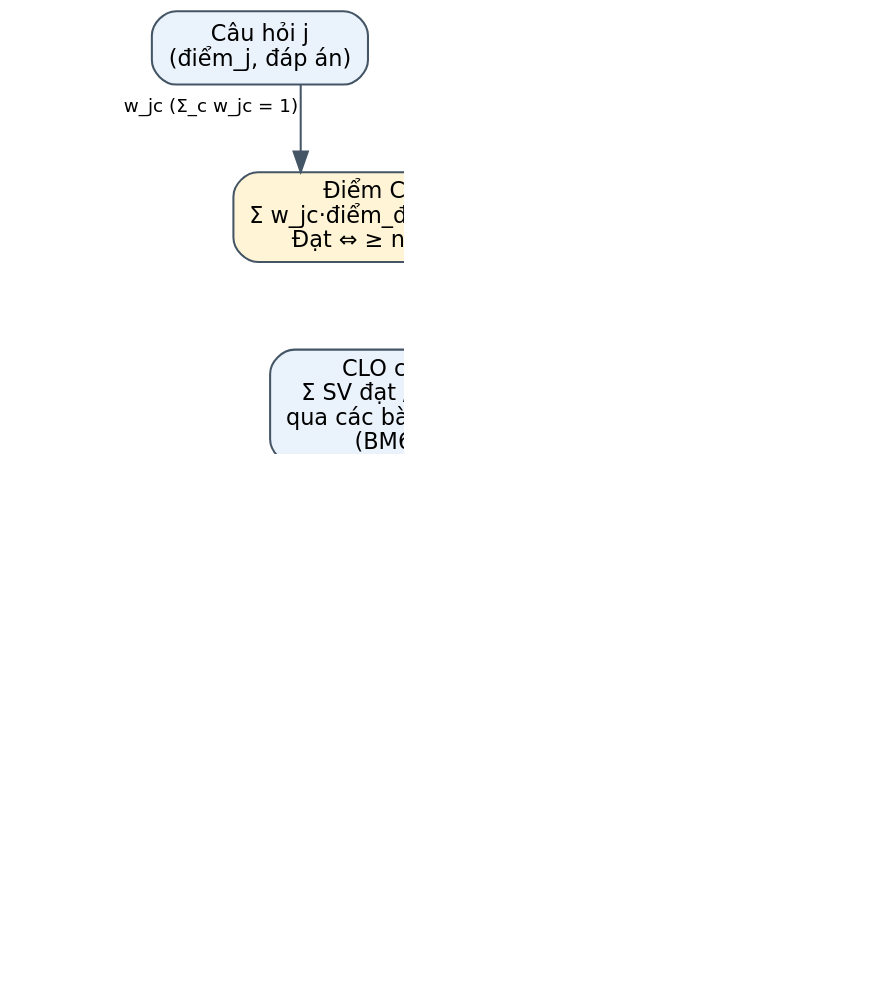
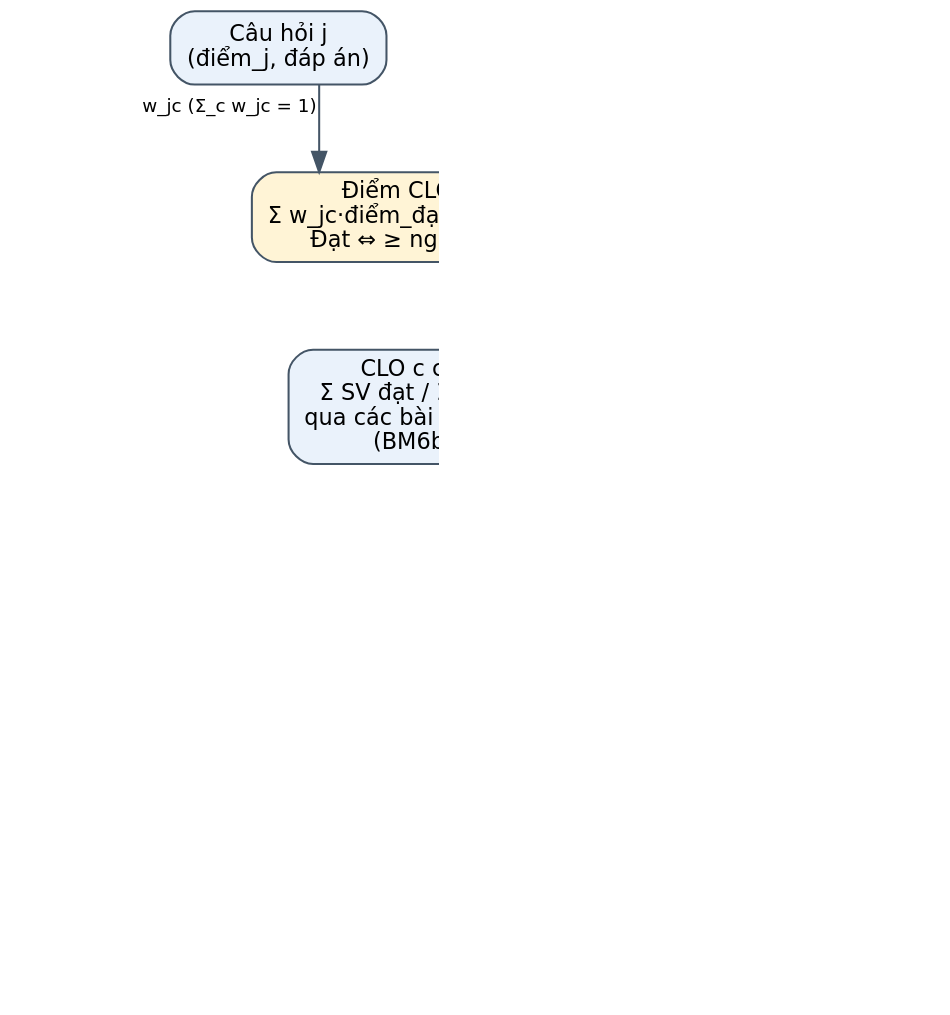
The diagram in docs/diagrams/mchain.dot (NguyenTanYen/TLCN), drawn with Graphviz before and after one commit. The commit also changed 20 other files, not shown here.

```diff
--- a/docs/diagrams/mchain.dot
+++ b/docs/diagrams/mchain.dot
@@ -1,13 +1,13 @@
 digraph M { rankdir=TB; graph [splines=ortho, fontname="DejaVu Sans", dpi=160, nodesep=1.1, ranksep=0.6, forcelabels=true];
 node [shape=box, style="rounded,filled", fontname="DejaVu Sans", fontsize=11, fillcolor="#EAF2FB", color="#445566"];
 edge [fontname="DejaVu Sans", fontsize=9, color="#445566"];
 q [label="Câu hỏi j\n(điểm_j, đáp án)"];
 r [label="Bài làm SV i\nđiểm_đạt_ij", fillcolor="#FDF3E1"];
 clo_i [label="Điểm CLO c của SV i\nΣ w_jc·điểm_đạt_ij / Σ w_jc·điểm_j\nĐạt ⇔ ≥ ngưỡng% (BM6c)", fillcolor="#FFF4D6"];
 clo [label="CLO c của lớp HP\nΣ SV đạt / Σ SV đánh giá\nqua các bài KT minh chứng\n(BM6b / BM6d)"];
 course [label="CĐR môn học\nΣ đạt / Σ đánh giá mọi CLO\nso chỉ tiêu môn (BM6b)"];
-pi [label="PI k (kế hoạch BM3b)\nΣ kết quả các CLO minh chứng\ncủa môn, HK kế hoạch (BM3c)"];
-plo [label="PLO (năm học)\nΣ kết quả các PI\nso chỉ tiêu CĐR (BM3c)"];
+pi [label="PI k (kế hoạch BM3b), mỗi SV một lần\nΣ điểm đạt các CLO minh chứng ≥\nΣ điểm tối đa × ngưỡng% ⇒ SV đạt PI\nTỷ lệ = SV đạt / SV đánh giá (BM3c)"];
+plo [label="PLO (năm học)\nΣ SV đạt / Σ SV đánh giá của các PI\nso chỉ tiêu CĐR (BM3c)"];
 prog [label="CTĐT\nΣ đạt / Σ đánh giá\ncác PLO đã đo (BM2)", fillcolor="#EAF6EA"];
 q -> clo_i [xlabel="w_jc (Σ_c w_jc = 1)"]; r -> clo_i; clo_i -> clo; clo -> course; clo -> pi [xlabel="pi_plan_clos\n(hoặc\nclo_plo_mapping)"]; pi -> plo; plo -> prog;
 }
```
